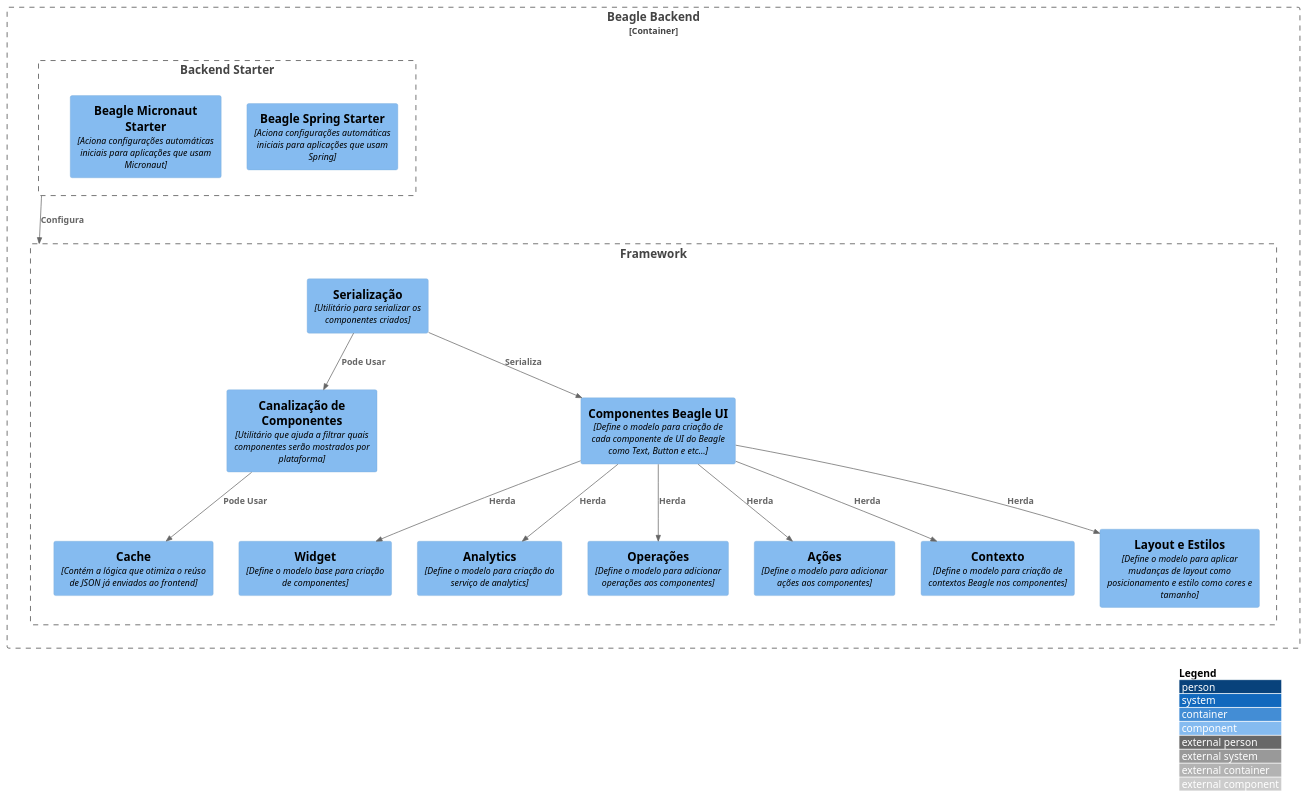
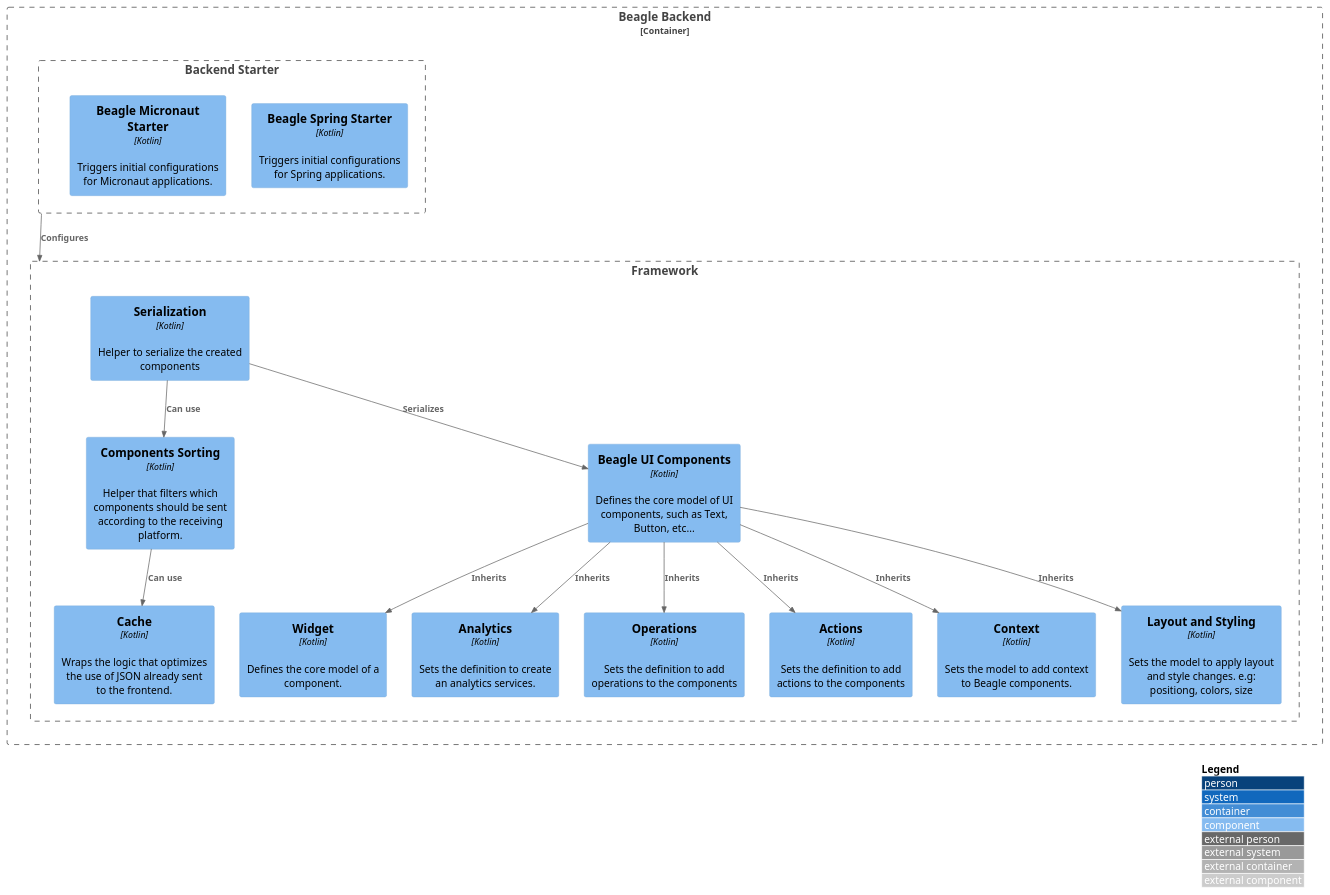
One commit to ZupIT/beagle-c4model changed the diagram in en/src/C3 -  Component/Beagle Backend/c3.puml. Above: the diagram before and after it, drawn with PlantUML. The commit also changed 2 other files, not shown here.

Commit message:
Adds c3 backend translation

```diff
--- a/en/src/C3 -  Component/Beagle Backend/c3.puml
+++ b/en/src/C3 -  Component/Beagle Backend/c3.puml
@@ -1,40 +1,40 @@
 @startuml c2
 !include https://raw.githubusercontent.com/adrianvlupu/C4-PlantUML/latest/C4_Component.puml
 LAYOUT_WITH_LEGEND()
 
 Container_Boundary(beagle_backend, "Beagle Backend"){
 
   Boundary(backend_starter, "Backend Starter"){
-    Component(backend_starter_spring, "Beagle Spring Starter", "Aciona configurações automáticas iniciais para aplicações que usam Spring")
-    Component(backend_starter_micronaut, "Beagle Micronaut Starter", "Aciona configurações automáticas iniciais para aplicações que usam Micronaut")
+    Component(backend_starter_spring, "Beagle Spring Starter", "Kotlin", "Triggers initial configurations for Spring applications.")
+    Component(backend_starter_micronaut, "Beagle Micronaut Starter", "Kotlin", "Triggers initial configurations for Micronaut applications.")
   }
 
   Boundary(framework, "Framework"){
-    Component(cache, "Cache", "Contém a lógica que otimiza o reúso de JSON já enviados ao frontend")
-    Component(component_sorting, "Canalização de Componentes", "Utilitário que ajuda a filtrar quais componentes serão mostrados por plataforma")
-    Component(widget, "Widget", "Define o modelo base para criação de componentes")
-    Component(beagle_components, "Componentes Beagle UI", "Define o modelo para criação de cada componente de UI do Beagle como Text, Button e etc...")
-    Component(analytics, "Analytics", "Define o modelo para criação do serviço de analytics")
-    Component(operations, "Operações", "Define o modelo para adicionar operações aos componentes")
-    Component(actions, "Ações", "Define o modelo para adicionar ações aos componentes")
-    Component(serialization, "Serialização", "Utilitário para serializar os componentes criados")
-    Component(context, "Contexto", "Define o modelo para criação de contextos Beagle nos componentes")
-    Component(layout_style, "Layout e Estilos", "Define o modelo para aplicar mudanças de layout como posicionamento e estilo como cores e tamanho")
+    Component(cache, "Cache", "Kotlin", "Wraps the logic that optimizes the use of JSON already sent to the frontend.")
+    Component(component_sorting, "Components Sorting", "Kotlin","Helper that filters which components should be sent according to the receiving platform.")
+    Component(widget, "Widget","Kotlin", "Defines the core model of a component.")
+    Component(beagle_components, "Beagle UI Components", "Kotlin","Defines the core model of UI components, such as Text, Button, etc...")
+    Component(analytics, "Analytics", "Kotlin","Sets the definition to create an analytics services.")
+    Component(operations, "Operations", "Kotlin","Sets the definition to add operations to the components")
+    Component(actions, "Actions", "Kotlin","Sets the definition to add actions to the components")
+    Component(serialization, "Serialization", "Kotlin","Helper to serialize the created components")
+    Component(context, "Context", "Kotlin","Sets the model to add context to Beagle components.")
+    Component(layout_style, "Layout and Styling", "Kotlin","Sets the model to apply layout and style changes. e.g: positiong, colors, size")
   }
 
 }
 
-Rel(backend_starter,framework, "Configura")
+Rel(backend_starter,framework, "Configures")
 
-Rel(serialization, beagle_components, "Serializa")
-Rel(serialization, component_sorting, "Pode Usar")
-Rel(component_sorting, cache, "Pode Usar")
-Rel(beagle_components,widget, "Herda")
-Rel(beagle_components,analytics, "Herda")
-Rel(beagle_components,operations, "Herda")
-Rel(beagle_components,actions, "Herda")
-Rel(beagle_components,context, "Herda")
-Rel(beagle_components,layout_style, "Herda")
+Rel(serialization, beagle_components, "Serializes")
+Rel(serialization, component_sorting, "Can use")
+Rel(component_sorting, cache, "Can use")
+Rel(beagle_components,widget, "Inherits")
+Rel(beagle_components,analytics, "Inherits")
+Rel(beagle_components,operations, "Inherits")
+Rel(beagle_components,actions, "Inherits")
+Rel(beagle_components,context, "Inherits")
+Rel(beagle_components,layout_style, "Inherits")
 
 
 @enduml
```
